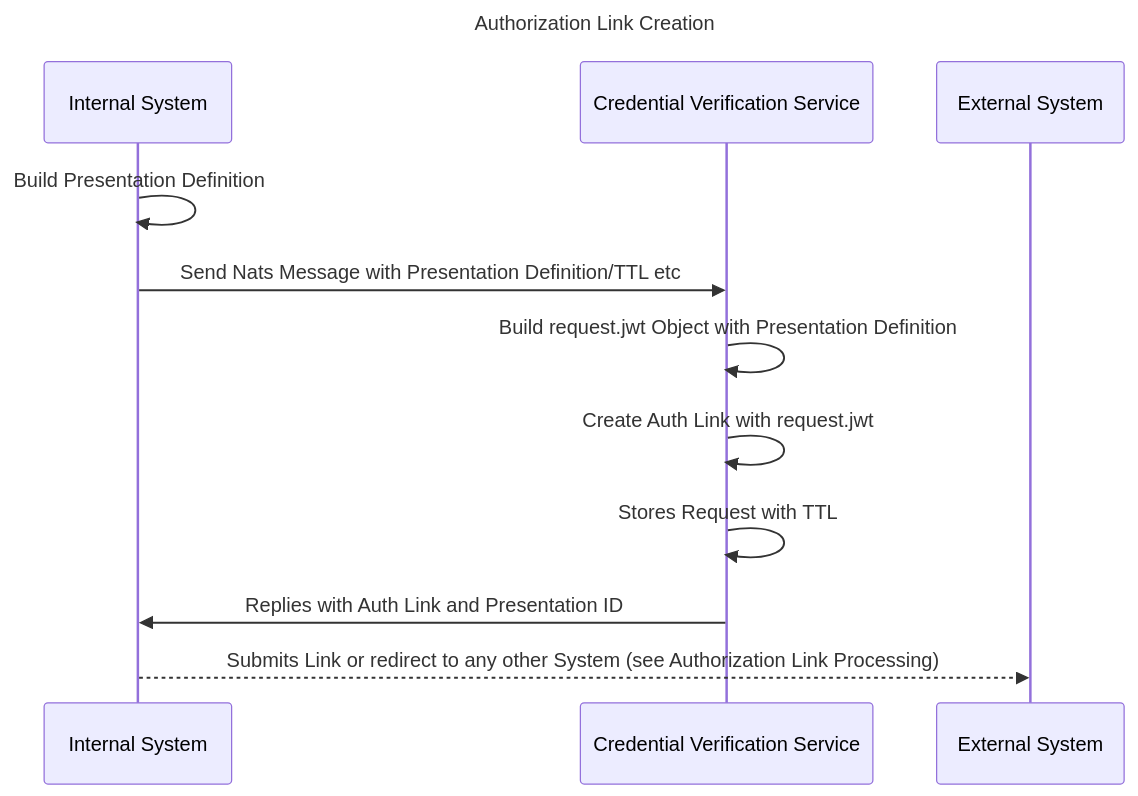
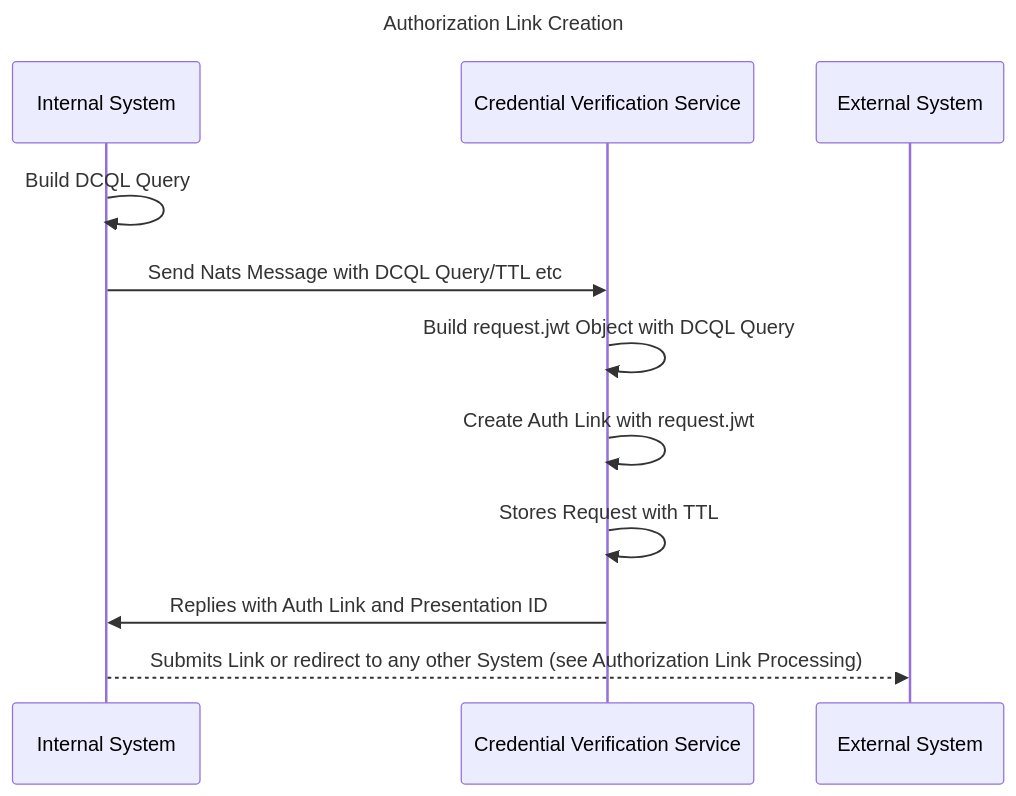
One commit to eclipse-xfsc/oid4-vci-credential-verification-service changed the first of 3 diagrams in README.md. Above: the diagram before and after it, drawn with Mermaid. The commit also changed other lines of this file and 29 other files, not shown here.

````diff
--- a/README.md
+++ b/README.md
@@ -26,12 +26,12 @@
 ```mermaid
 sequenceDiagram
 title Authorization Link Creation
 
-Internal System->> Internal System: Build Presentation Definition
-Internal System->> Credential Verification Service: Send Nats Message with Presentation Definition/TTL etc
-Credential Verification Service->>Credential Verification Service: Build request.jwt Object with Presentation Definition
+Internal System->> Internal System: Build DCQL Query
+Internal System->> Credential Verification Service: Send Nats Message with DCQL Query/TTL etc
+Credential Verification Service->>Credential Verification Service: Build request.jwt Object with DCQL Query
 Credential Verification Service->>Credential Verification Service: Create Auth Link with request.jwt
 Credential Verification Service->>Credential Verification Service: Stores Request with TTL
 Credential Verification Service->> Internal System: Replies with Auth Link and Presentation ID
 Internal System -->> External System: Submits Link or redirect to any other System (see Authorization Link Processing)
 ```
````
